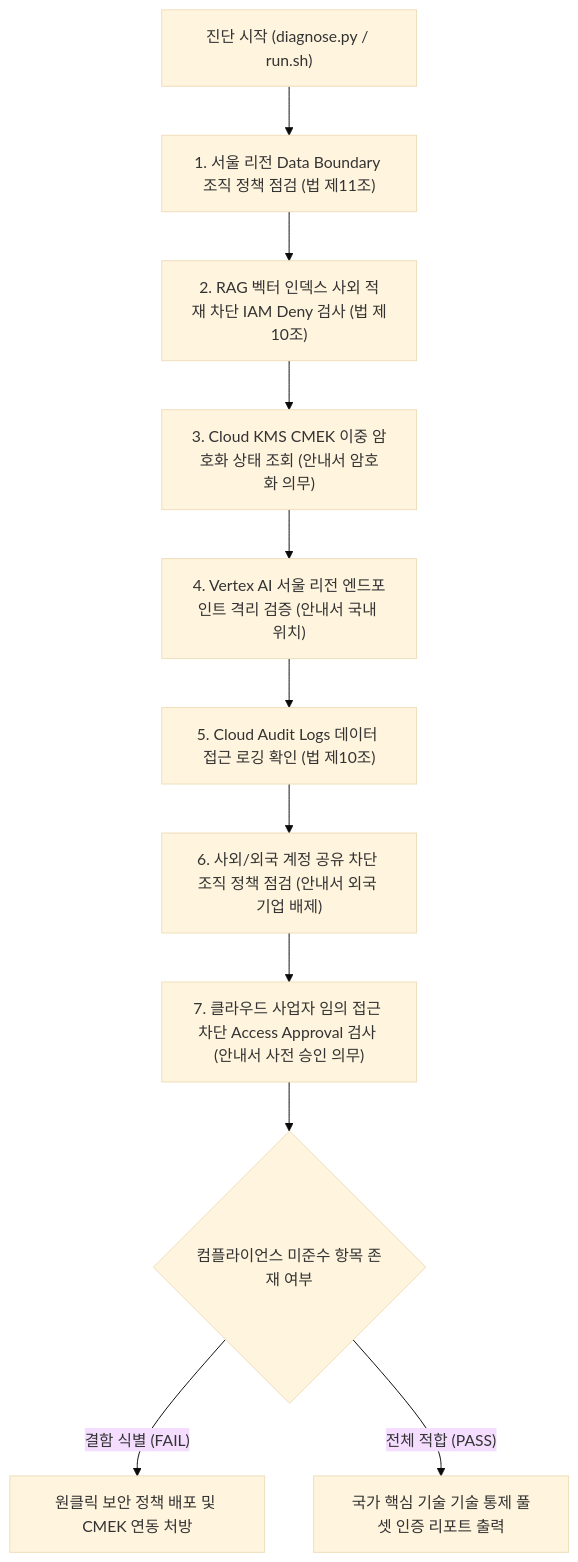
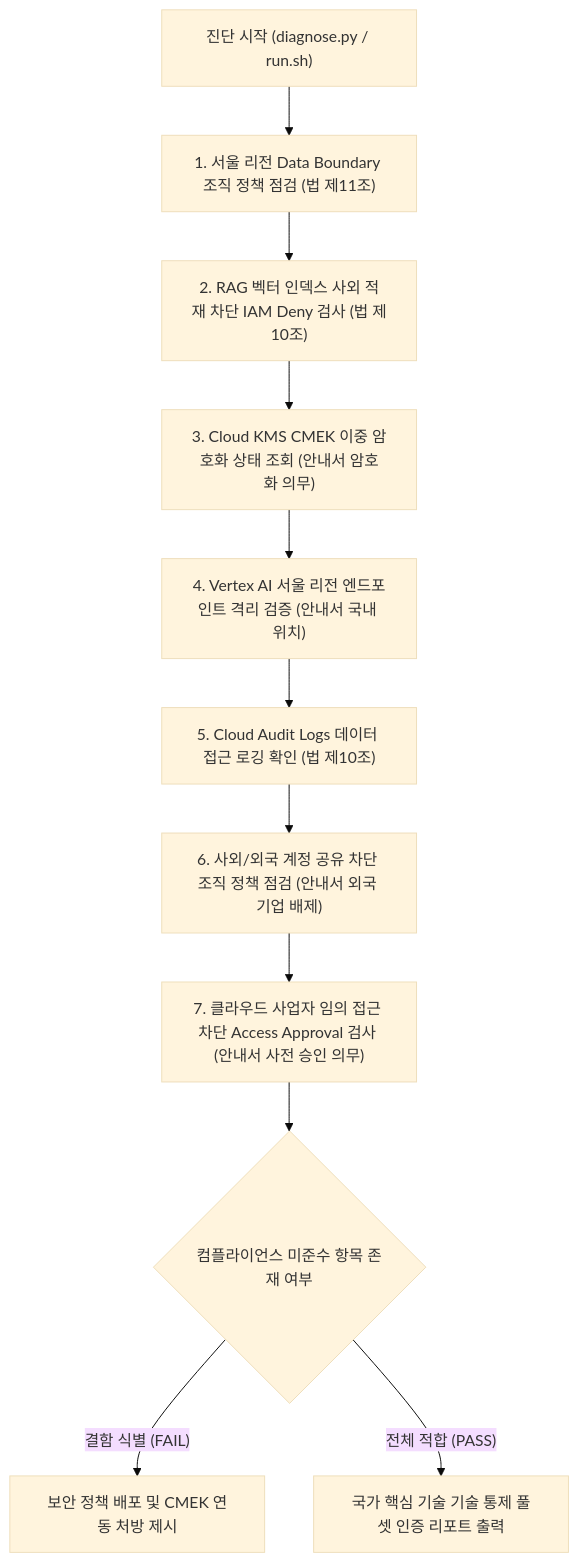
The diagram in samples/korea-nct-gen-ai-compliance-checker/README.md (jiangjun-forge/google-cloud-0-to-1), drawn with Mermaid (base theme) before and after one commit. The commit also changed other lines of this file and 19 other files, not shown here.

````diff
--- a/samples/korea-nct-gen-ai-compliance-checker/README.md
+++ b/samples/korea-nct-gen-ai-compliance-checker/README.md
@@ -45,13 +45,13 @@
 ```mermaid
 graph TD
     A["진단 시작 (diagnose.py / run.sh)"] --> B["1. 서울 리전 Data Boundary 조직 정책 점검 (법 제11조)"]
     B --> C["2. RAG 벡터 인덱스 사외 적재 차단 IAM Deny 검사 (법 제10조)"]
     C --> D["3. Cloud KMS CMEK 이중 암호화 상태 조회 (안내서 암호화 의무)"]
     D --> E["4. Vertex AI 서울 리전 엔드포인트 격리 검증 (안내서 국내 위치)"]
     E --> F["5. Cloud Audit Logs 데이터 접근 로깅 확인 (법 제10조)"]
     F --> G["6. 사외/외국 계정 공유 차단 조직 정책 점검 (안내서 외국 기업 배제)"]
     G --> H["7. 클라우드 사업자 임의 접근 차단 Access Approval 검사 (안내서 사전 승인 의무)"]
     H --> I{"컴플라이언스 미준수 항목 존재 여부"}
-    I -- "결함 식별 (FAIL)" --> J["원클릭 보안 정책 배포 및 CMEK 연동 처방"]
+    I -- "결함 식별 (FAIL)" --> J["보안 정책 배포 및 CMEK 연동 처방 제시"]
     I -- "전체 적합 (PASS)" --> K["국가 핵심 기술 기술 통제 풀셋 인증 리포트 출력"]
 ```
````
